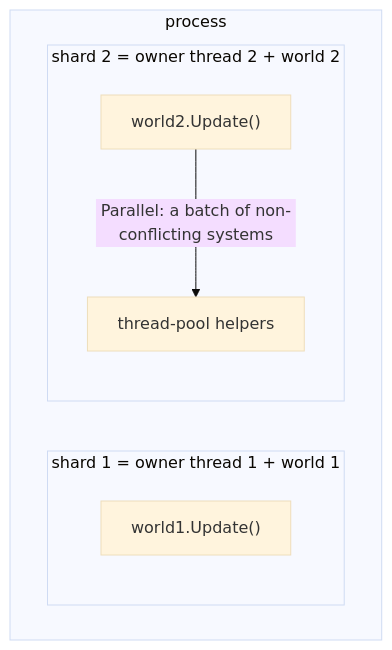
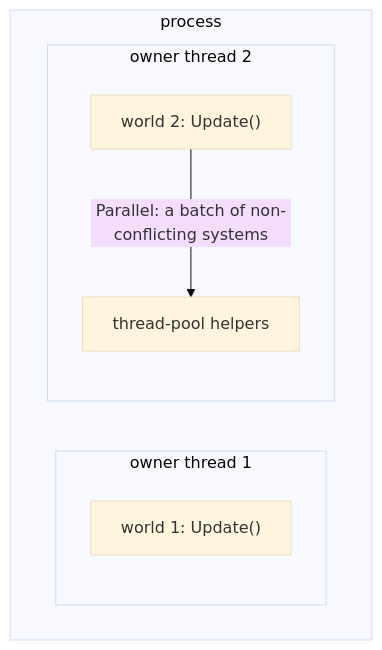
One commit to JasonXuDeveloper/EasyEcs changed the first of 3 diagrams in doc/guide/threading.md. Above: the diagram before and after it, drawn with Mermaid (base theme). The commit also changed other lines of this file and 6 other files, not shown here.

````diff
--- a/doc/guide/threading.md
+++ b/doc/guide/threading.md
@@ -26,11 +25,11 @@
 ```mermaid
 flowchart TB
     subgraph P [process]
-        subgraph S1 [shard 1 = owner thread 1 + world 1]
-            U1["world1.Update()"]
+        subgraph S1 [owner thread 1]
+            U1["world 1: Update()"]
         end
-        subgraph S2 [shard 2 = owner thread 2 + world 2]
-            U2["world2.Update()"] -->|Parallel: a batch of non-conflicting systems| TP[thread-pool helpers]
+        subgraph S2 [owner thread 2]
+            U2["world 2: Update()"] -->|Parallel: a batch of non-conflicting systems| TP[thread-pool helpers]
         end
     end
 ```
````
